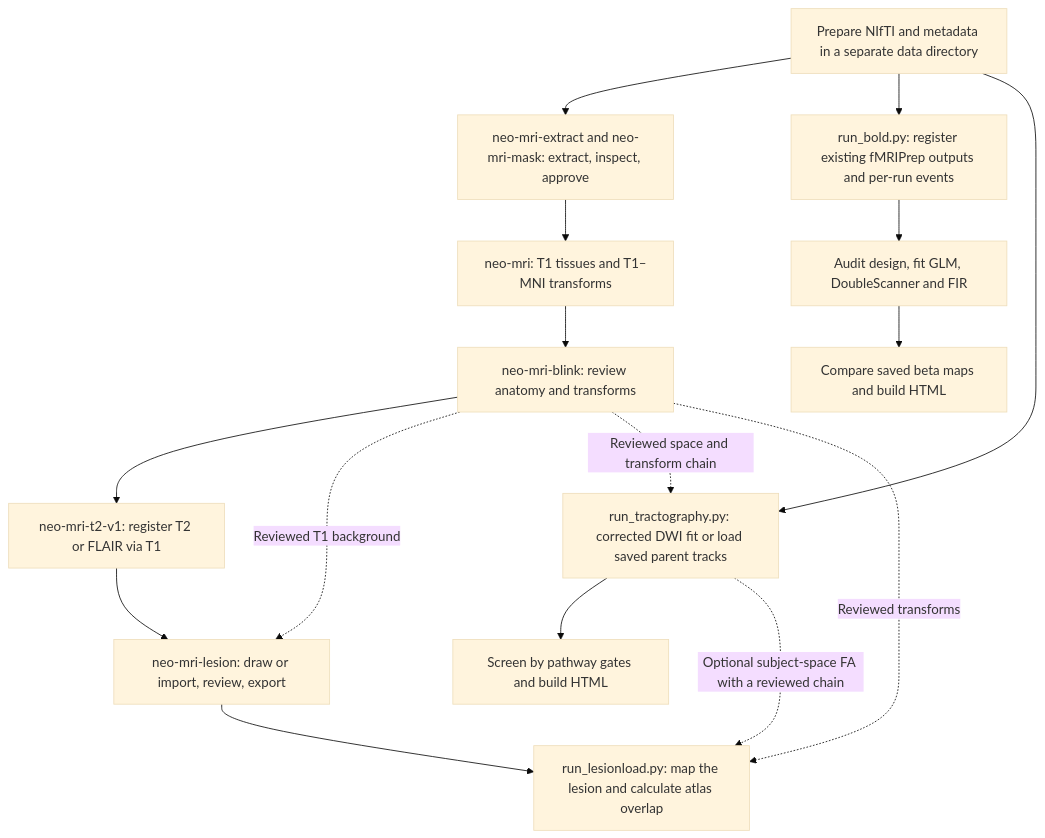
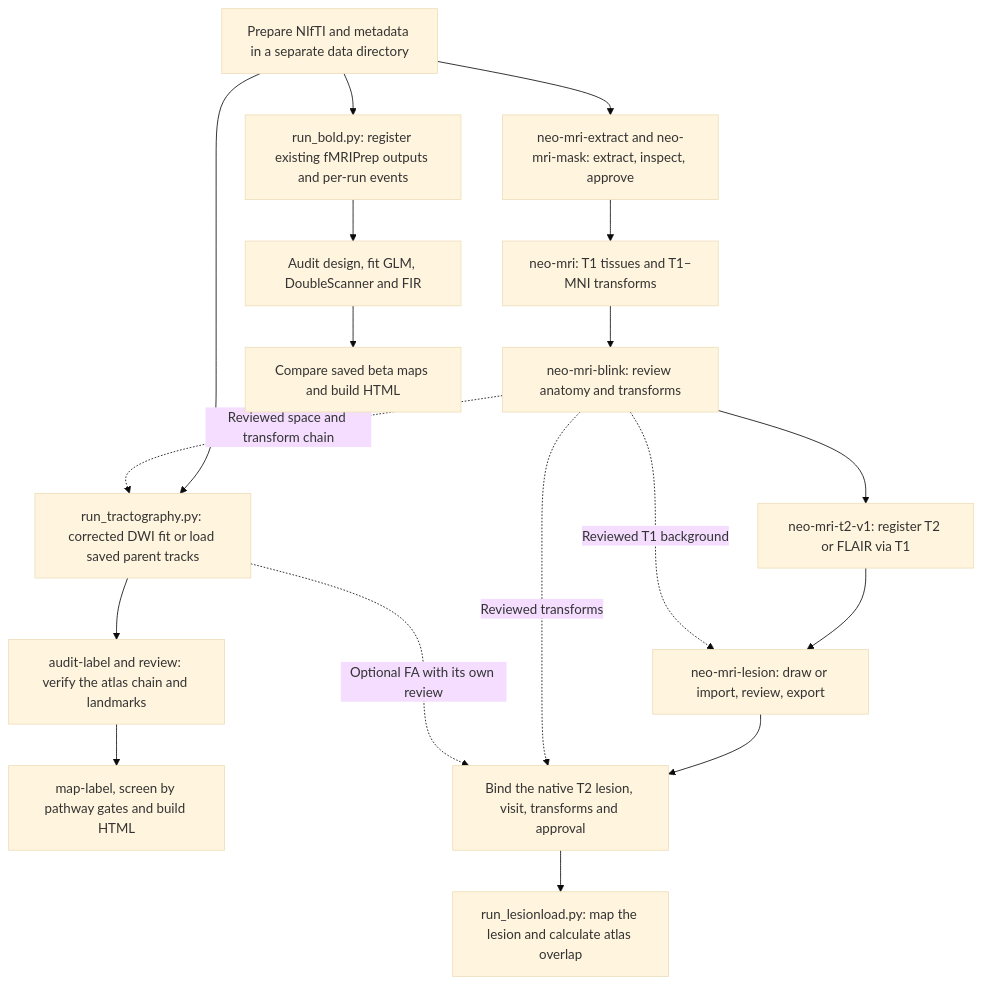
One commit to Du-YouLang/NEO_MRI changed the diagram in README.md. Above: the diagram before and after it, drawn with Mermaid (base theme). The commit also changed other lines of this file and 3 other files, not shown here.

Commit message:
Document spatial review and verify bilingual release

````diff
--- a/README.md
+++ b/README.md
@@ -20,19 +20,21 @@
 ```mermaid
 flowchart TD
     I["Prepare NIfTI and metadata in a separate data directory"]
     I --> A["neo-mri-extract and neo-mri-mask: extract, inspect, approve"]
     A --> T["neo-mri: T1 tissues and T1–MNI transforms"]
     T --> Q["neo-mri-blink: review anatomy and transforms"]
     Q --> S["neo-mri-t2-v1: register T2 or FLAIR via T1"]
     S --> L["neo-mri-lesion: draw or import, review, export"]
     Q -. "Reviewed T1 background" .-> L
     I --> B["run_bold.py: register existing fMRIPrep outputs and per-run events"]
     B --> V["Audit design, fit GLM, DoubleScanner and FIR"]
     V --> R["Compare saved beta maps and build HTML"]
     I --> D["run_tractography.py: corrected DWI fit or load saved parent tracks"]
     Q -. "Reviewed space and transform chain" .-> D
-    D --> F["Screen by pathway gates and build HTML"]
-    L --> O["run_lesionload.py: map the lesion and calculate atlas overlap"]
-    Q -. "Reviewed transforms" .-> O
-    D -. "Optional subject-space FA with a reviewed chain" .-> O
+    D --> C["audit-label and review: verify the atlas chain and landmarks"]
+    C --> F["map-label, screen by pathway gates and build HTML"]
+    L --> G["Bind the native T2 lesion, visit, transforms and approval"]
+    Q -. "Reviewed transforms" .-> G
+    D -. "Optional FA with its own review" .-> G
+    G --> O["run_lesionload.py: map the lesion and calculate atlas overlap"]
 ```
````
